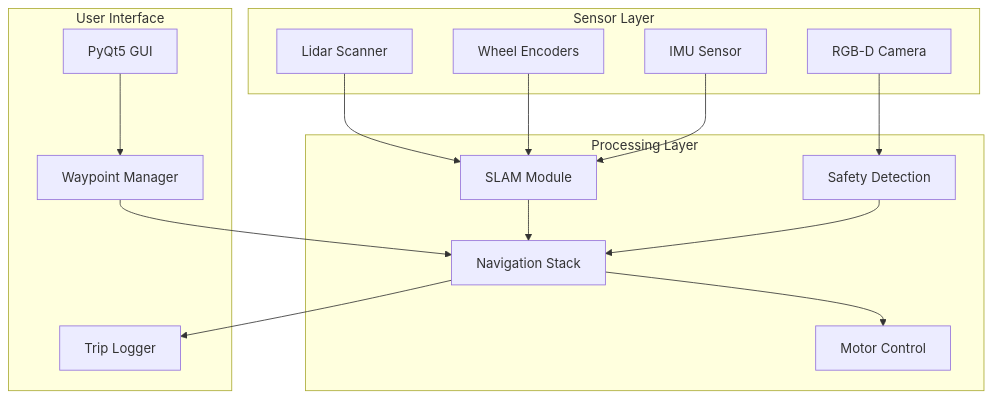
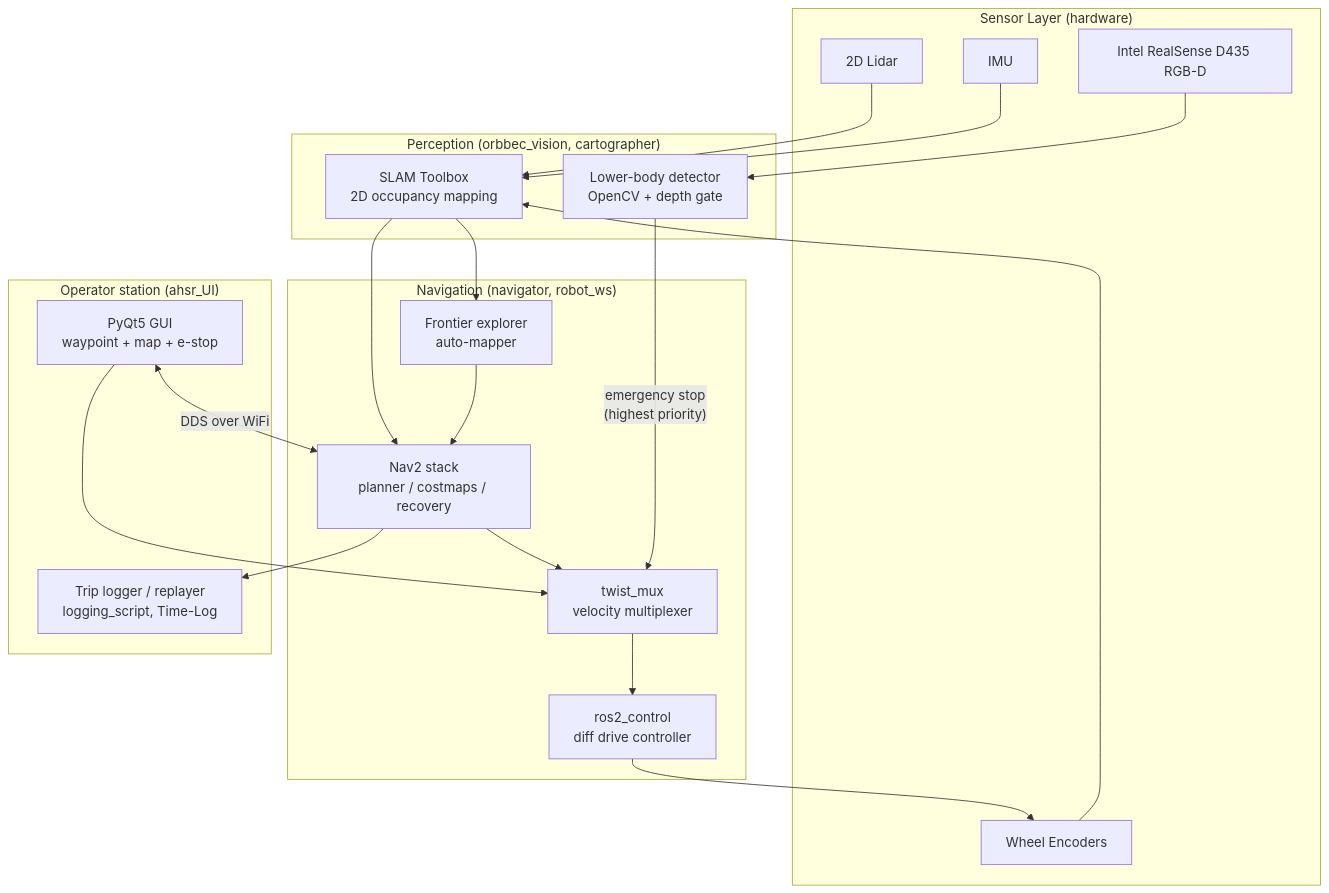
The diagram in public/data/portfolio/AHSR-senior-design-archive/architecture.md (Technical-1/All-About-Me), drawn with Mermaid before and after one commit. The commit also changed other lines of this file and 5 other files, not shown here.

````diff
--- a/public/data/portfolio/AHSR-senior-design-archive/architecture.md
+++ b/public/data/portfolio/AHSR-senior-design-archive/architecture.md
@@ -7,33 +7,41 @@
 ```mermaid
 flowchart TB
-    subgraph Sensors["Sensor Layer"]
-        LIDAR[Lidar Scanner]
-        RGBD[RGB-D Camera]
-        IMU[IMU Sensor]
+    subgraph Sensors["Sensor Layer (hardware)"]
+        LIDAR[2D Lidar]
+        RGBD[Intel RealSense D435 RGB-D]
+        IMU[IMU]
         ENCODERS[Wheel Encoders]
     end
 
-    subgraph Processing["Processing Layer"]
-        SLAM[SLAM Module]
-        DETECTION[Safety Detection]
-        NAV[Navigation Stack]
-        CONTROL[Motor Control]
+    subgraph Perception["Perception (orbbec_vision, cartographer)"]
+        SLAM[SLAM Toolbox<br/>2D occupancy mapping]
+        SAFETY[Lower-body detector<br/>OpenCV + depth gate]
     end
 
-    subgraph Interface["User Interface"]
-        UI[PyQt5 GUI]
-        WAYPOINT[Waypoint Manager]
-        LOGGING[Trip Logger]
+    subgraph Navigation["Navigation (navigator, robot_ws)"]
+        NAV2[Nav2 stack<br/>planner / costmaps / recovery]
+        FRONTIER[Frontier explorer<br/>auto-mapper]
+        TWISTMUX[twist_mux<br/>velocity multiplexer]
+        CONTROL[ros2_control<br/>diff drive controller]
+    end
+
+    subgraph Operator["Operator station (ahsr_UI)"]
+        GUI[PyQt5 GUI<br/>waypoint + map + e-stop]
+        LOGGER[Trip logger / replayer<br/>logging_script, Time-Log]
     end
 
     LIDAR --> SLAM
     ENCODERS --> SLAM
     IMU --> SLAM
-    RGBD --> DETECTION
-    SLAM --> NAV
-    DETECTION --> NAV
-    NAV --> CONTROL
-    UI --> WAYPOINT
-    WAYPOINT --> NAV
-    NAV --> LOGGING
+    RGBD --> SAFETY
+    SLAM --> NAV2
+    SLAM --> FRONTIER
+    FRONTIER --> NAV2
+    NAV2 --> TWISTMUX
+    SAFETY --"emergency stop<br/>(highest priority)"--> TWISTMUX
+    GUI --> TWISTMUX
+    TWISTMUX --> CONTROL
+    CONTROL --> ENCODERS
+    NAV2 --> LOGGER
+    GUI <--"DDS over WiFi"--> NAV2
 ```
````
